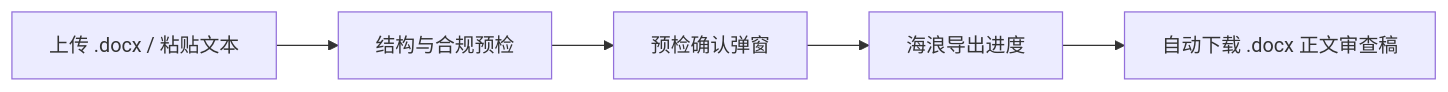
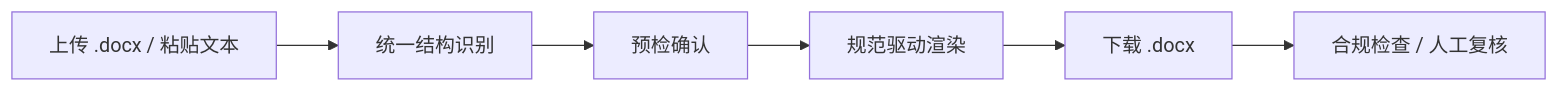
One commit to Jia-Ethan/forma changed the diagram in README.md. Above: the diagram before and after it, drawn with Mermaid. The commit also changed other lines of this file and 33 other files, not shown here.

````diff
--- a/README.md
+++ b/README.md
@@ -20,7 +24,8 @@
 ```mermaid
 flowchart LR
-  A["上传 .docx / 粘贴文本"] --> B["结构与合规预检"]
-  B --> C["预检确认弹窗"]
-  C --> D["海浪导出进度"]
-  D --> E["自动下载 .docx 正文审查稿"]
+  A["上传 .docx / 粘贴文本"] --> B["统一结构识别"]
+  B --> C["预检确认"]
+  C --> D["规范驱动渲染"]
+  D --> E["下载 .docx"]
+  E --> F["合规检查 / 人工复核"]
 ```
````
